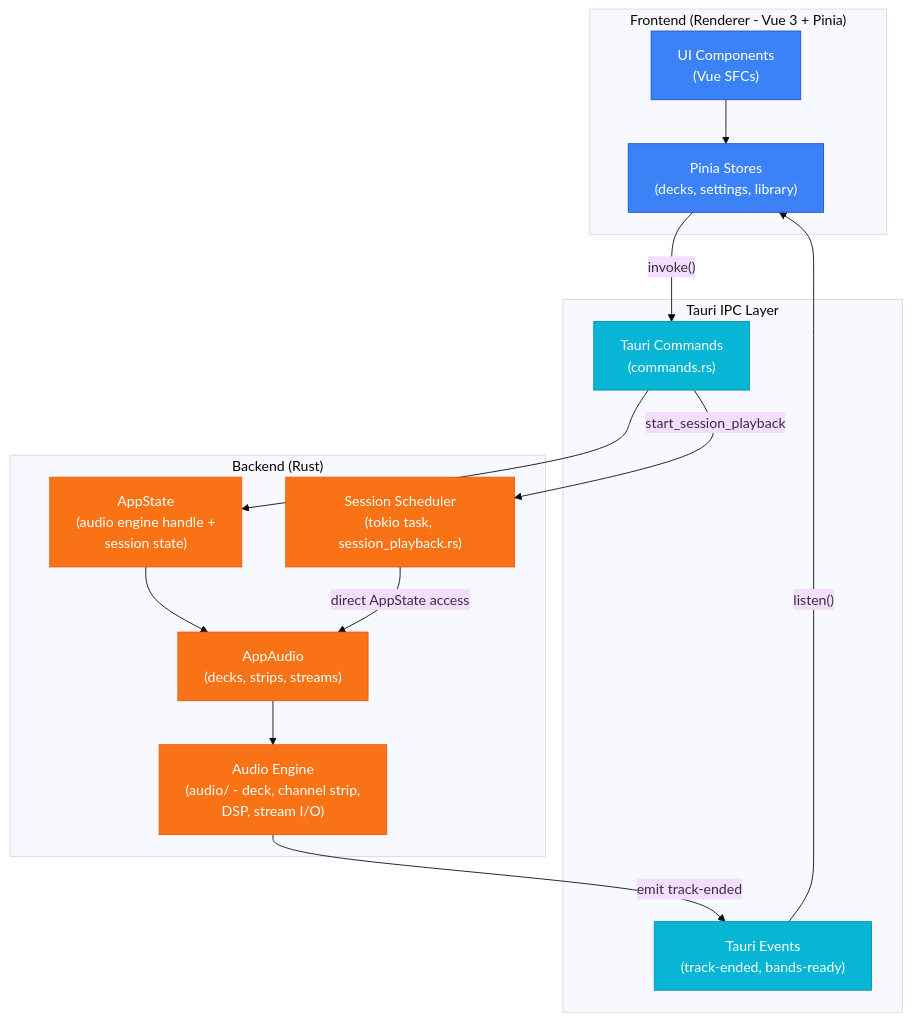
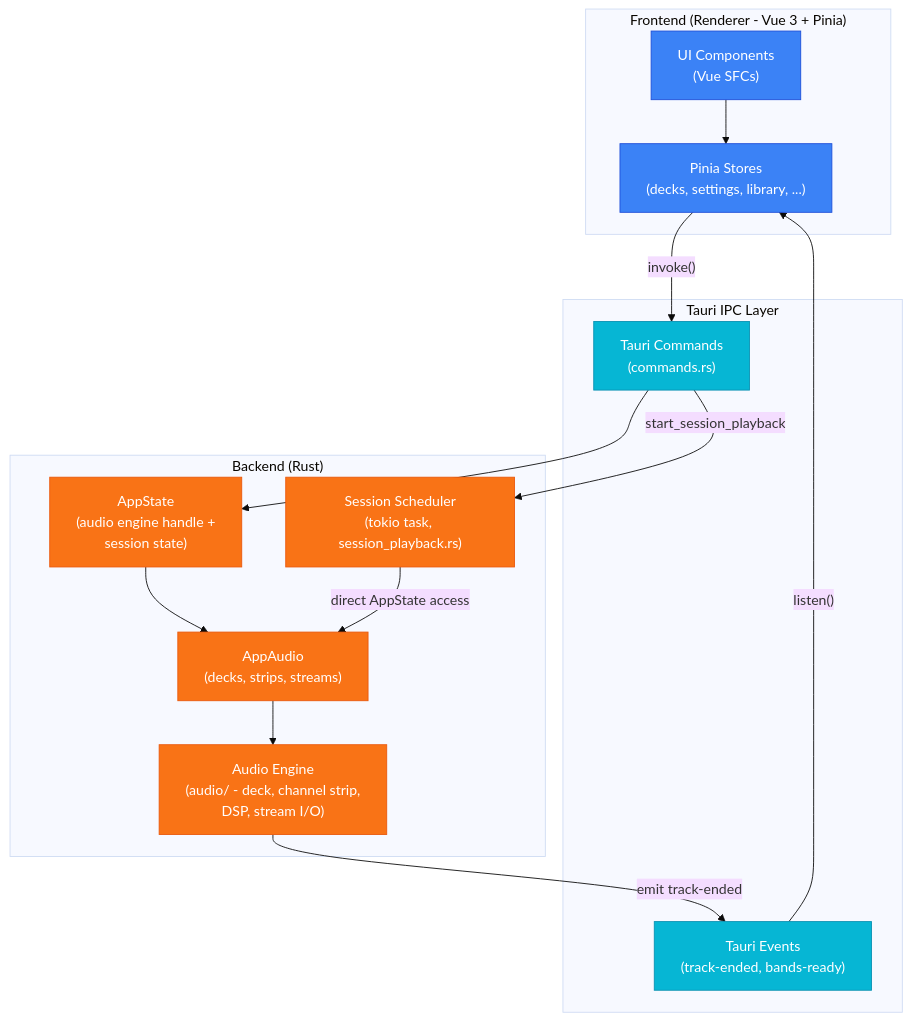
Before and after one commit to berrutti/beatmatcher: the first of 5 diagrams in architecture.md, drawn with Mermaid (base theme). The commit also changed other lines of this file and 115 other files, not shown here.

````diff
--- a/architecture.md
+++ b/architecture.md
@@ -5,33 +5,33 @@
 ```mermaid
 graph TD
     classDef frontend fill:#3b82f6,stroke:#1d4ed8,color:#fff
     classDef ipc fill:#06b6d4,stroke:#0891b2,color:#fff
     classDef backend fill:#f97316,stroke:#ea580c,color:#fff
 
     subgraph Frontend ["Frontend (Renderer - Vue 3 + Pinia)"]
         UI["UI Components\n(Vue SFCs)"]:::frontend
-        Stores["Pinia Stores\n(decks, settings, library)"]:::frontend
+        Stores["Pinia Stores\n(decks, settings, library, ...)"]:::frontend
     end
 
     subgraph IPC ["Tauri IPC Layer"]
         Commands["Tauri Commands\n(commands.rs)"]:::ipc
         Events["Tauri Events\n(track-ended, bands-ready)"]:::ipc
     end
 
     subgraph Backend ["Backend (Rust)"]
         AppState["AppState\n(audio engine handle +\nsession state)"]:::backend
         Audio["AppAudio\n(decks, strips, streams)"]:::backend
         Engine["Audio Engine\n(audio/ - deck, channel strip,\nDSP, stream I/O)"]:::backend
         Scheduler["Session Scheduler\n(tokio task, session_playback.rs)"]:::backend
     end
 
     UI --> Stores
     Stores -- "invoke()" --> Commands
     Events -- "listen()" --> Stores
     Commands --> AppState
     AppState --> Audio
     Audio --> Engine
     Engine -- "emit track-ended" --> Events
     Commands -- "start_session_playback" --> Scheduler
     Scheduler -- "direct AppState access" --> Audio
 ```
````
